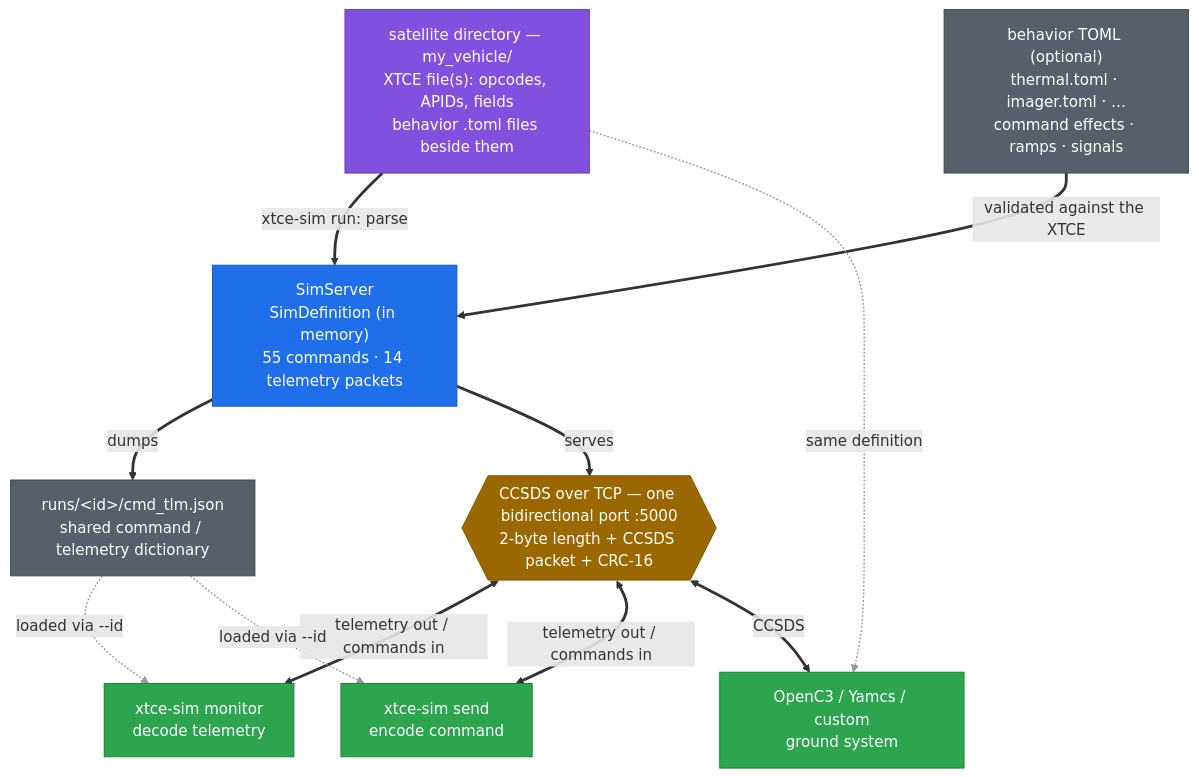
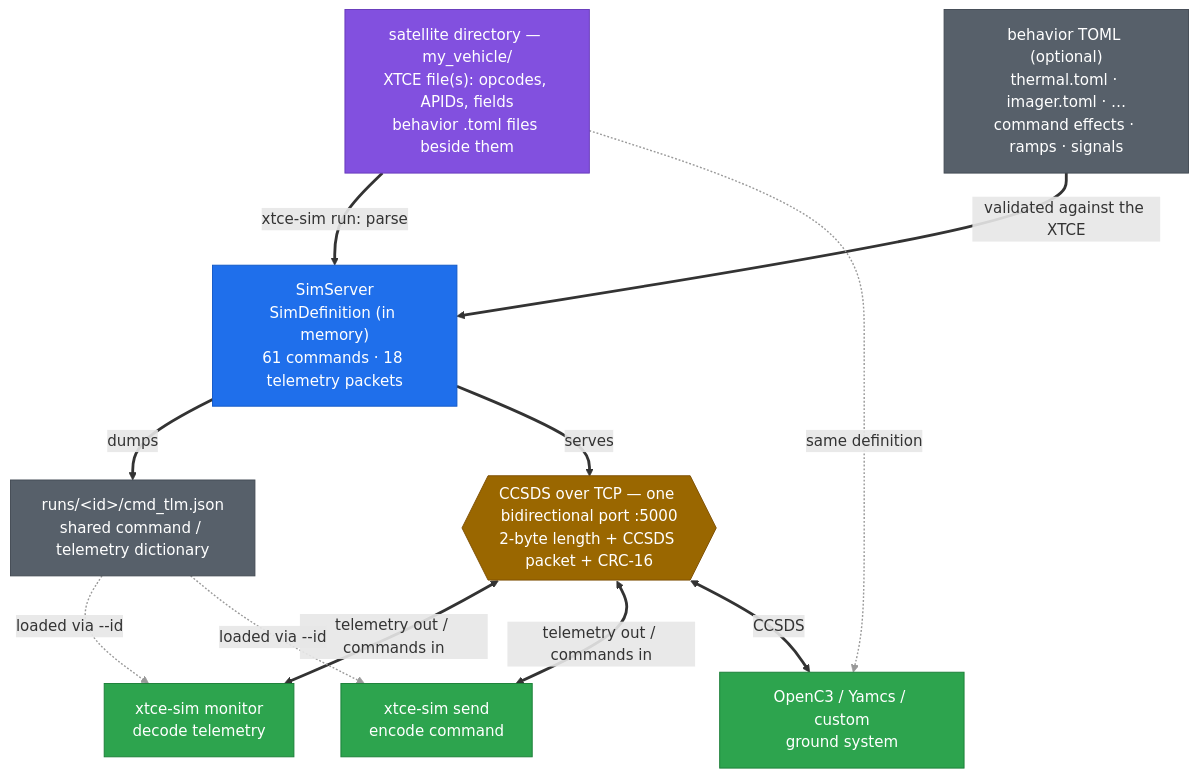
Before and after one commit to FredMessinger2/xtce-sim: the diagram in README.md, drawn with Mermaid. The commit also changed other lines of this file and 8 other files, not shown here.

````diff
--- a/README.md
+++ b/README.md
@@ -27,41 +28,41 @@
 ```mermaid
 flowchart TD
     XTCE["satellite directory — my_vehicle/<br/>XTCE file(s): opcodes, APIDs, fields<br/>behavior .toml files beside them"]
     BEH["behavior TOML (optional)<br/>thermal.toml · imager.toml · …<br/>command effects · ramps · signals"]
-    SIM["SimServer<br/>SimDefinition (in memory)<br/>55 commands · 14 telemetry packets"]
+    SIM["SimServer<br/>SimDefinition (in memory)<br/>61 commands · 18 telemetry packets"]
     JSON["runs/&lt;id&gt;/cmd_tlm.json<br/>shared command / telemetry dictionary"]
     PORT{{"CCSDS over TCP — one bidirectional port :5000<br/>2-byte length + CCSDS packet + CRC-16"}}
     MON["xtce-sim monitor<br/>decode telemetry"]
     SEND["xtce-sim send<br/>encode command"]
     GS["OpenC3 / Yamcs / custom<br/>ground system"]
 
     XTCE -->|"xtce-sim run: parse"| SIM
     BEH -->|"validated against the XTCE"| SIM
     SIM -->|dumps| JSON
     SIM -->|serves| PORT
     PORT <-->|"telemetry out / commands in"| MON
     PORT <-->|"telemetry out / commands in"| SEND
     PORT <-->|CCSDS| GS
     JSON -.->|"loaded via --id"| MON
     JSON -.->|"loaded via --id"| SEND
     XTCE -.->|"same definition"| GS
 
     %% Live/build links (solid) are thick and dark; out-of-band definition
     %% sharing (dashed) is thin and gray — dash length alone is hard to see.
     linkStyle 0,1,2,3,4,5,6 stroke-width:3px
     linkStyle 7,8,9 stroke:#999999,stroke-width:1.5px
 
     %% Explicit fills + text colors so the diagram stays readable in both
     %% GitHub themes (the default theme picks unreadable colors in dark mode).
     classDef source fill:#8250df,stroke:#6639ba,color:#ffffff
     classDef sim fill:#1f6feb,stroke:#1158c7,color:#ffffff
     classDef artifact fill:#57606a,stroke:#424a53,color:#ffffff
     classDef wire fill:#9a6700,stroke:#7d4e00,color:#ffffff
     classDef client fill:#2da44e,stroke:#1a7f37,color:#ffffff
     class XTCE source
     class BEH artifact
     class SIM sim
     class JSON artifact
     class PORT wire
     class MON,SEND,GS client
 ```
````
